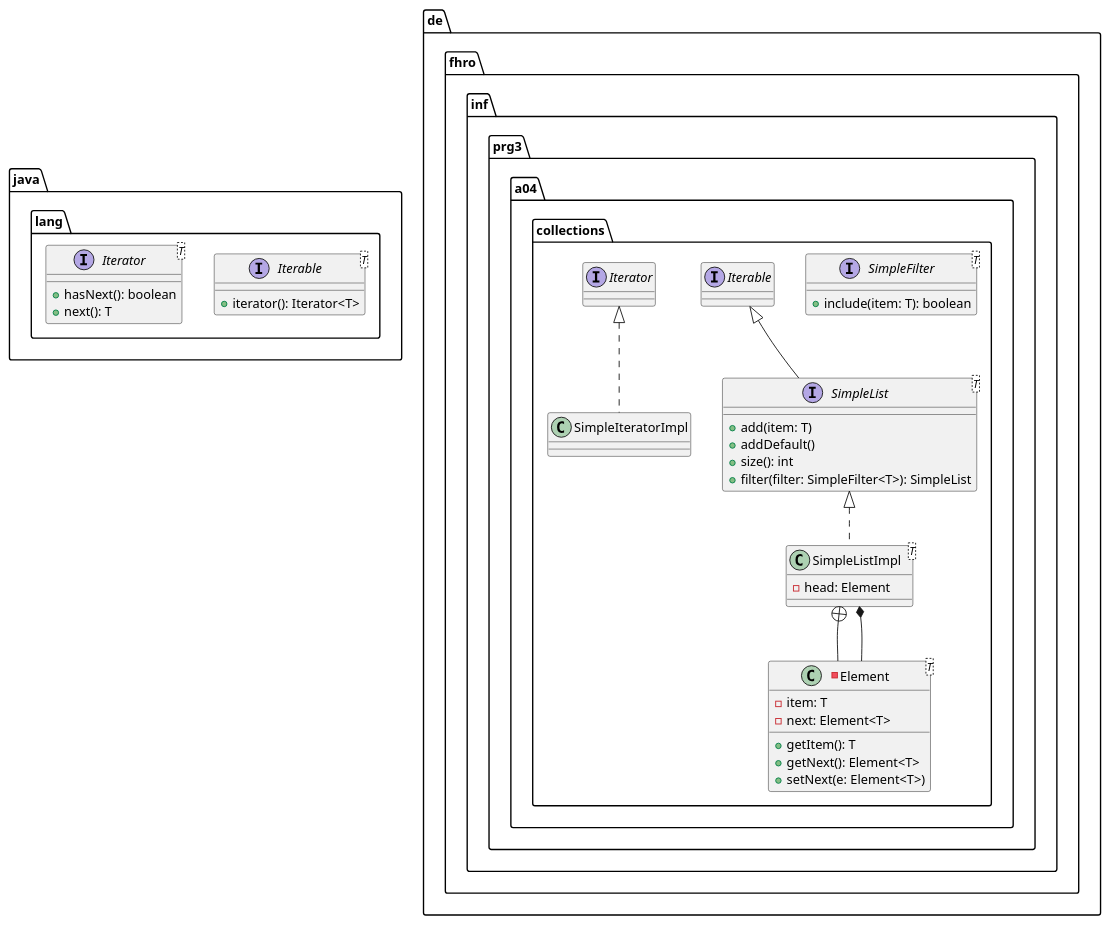
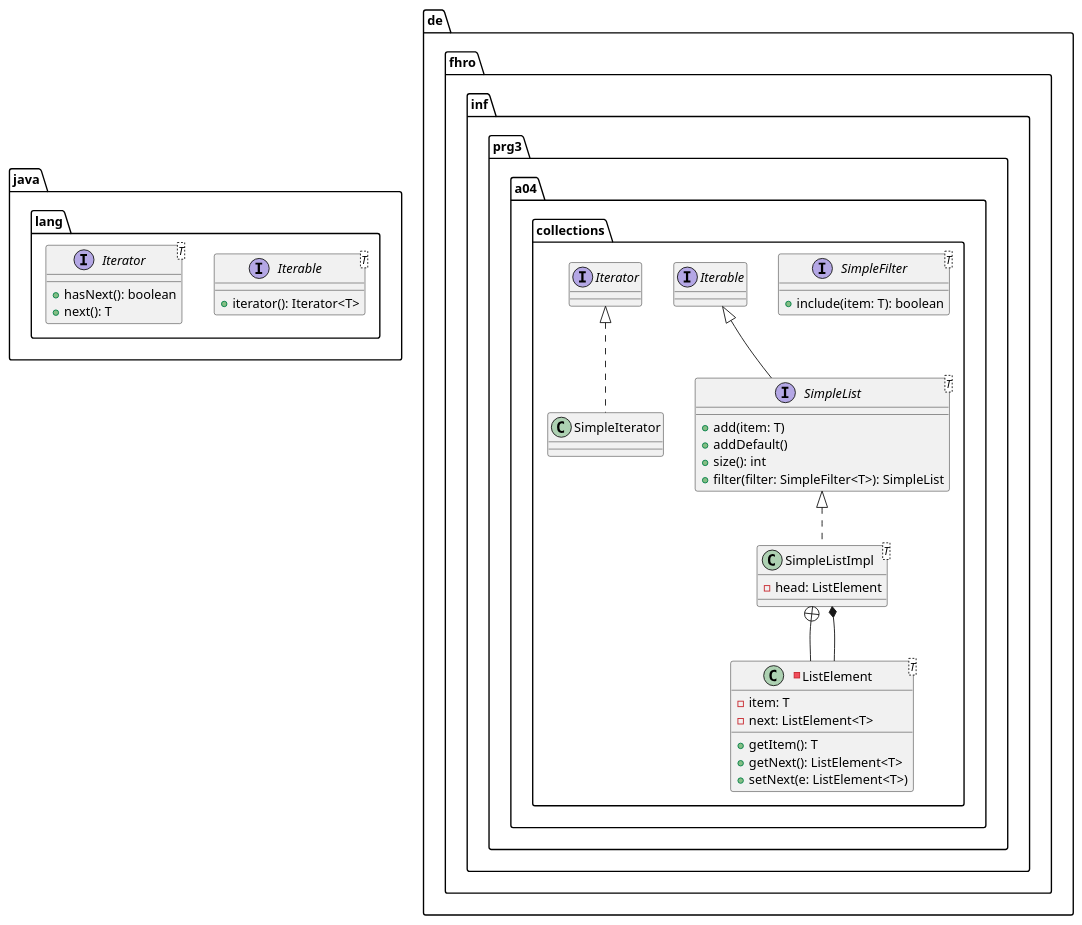
Before and after one commit to studlinnth6233/04-generics: the diagram in assets/class-spec-1.plantuml, drawn with PlantUML. The commit also changed 2 other files, not shown here.

Commit message:
Adopted class names of spec in UML

```diff
--- a/assets/class-spec-1.plantuml
+++ b/assets/class-spec-1.plantuml
@@ -1,45 +1,45 @@
 @startuml
 package java.lang {
     
     interface Iterable<T> {
         +iterator(): Iterator<T>
     }
 
     interface Iterator<T> {
         +hasNext(): boolean
         +next(): T
     }
 }
 
 package de.fhro.inf.prg3.a04.collections {
         interface SimpleFilter<T> {
             +include(item: T): boolean
         }
 
         interface SimpleList<T> extends Iterable {
             +add(item: T)
             +addDefault()
             +size(): int
             +filter(filter: SimpleFilter<T>): SimpleList
         }
 
         class SimpleListImpl<T> implements SimpleList {
-           -head: Element
+           -head: ListElement
         }
 
-        class SimpleIteratorImpl implements Iterator {
+        class SimpleIterator implements Iterator {
         }
 
-        -class Element<T> {
+        -class ListElement<T> {
             -item: T
-            -next: Element<T>
+            -next: ListElement<T>
     
             +getItem(): T
-            +getNext(): Element<T>
-            +setNext(e: Element<T>)
+            +getNext(): ListElement<T>
+            +setNext(e: ListElement<T>)
         }
 
-        SimpleListImpl +-- Element
-        Element --* SimpleListImpl
+        SimpleListImpl +-- ListElement
+        ListElement --* SimpleListImpl
     }
 @enduml
```
